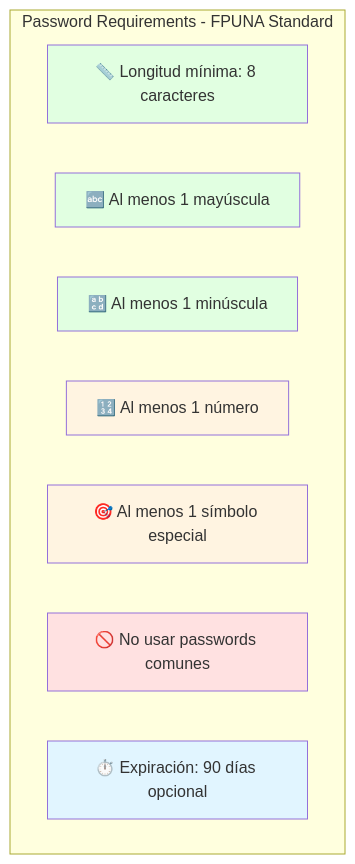
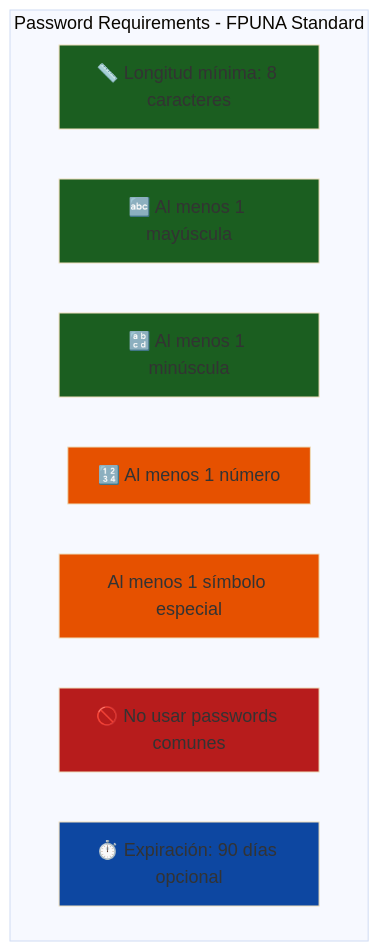
The seventh of 9 diagrams in courses/🟡-development/FPUNA-2026/01-DESARROLLO-SOFTWARE/especializaciones/web-development/03-autenticacion-autorizacion.md (Ai-Whisperers/Courses-Content), drawn with Mermaid before and after one commit. The commit also changed other lines of this file and 47 other files, not shown here.

First line of the commit message:
fix: Make all 473 diagrams WCAG AAA accessible (FPUNA-2026)

````diff
--- a/courses/🟡-development/FPUNA-2026/01-DESARROLLO-SOFTWARE/especializaciones/web-development/03-autenticacion-autorizacion.md
+++ b/courses/🟡-development/FPUNA-2026/01-DESARROLLO-SOFTWARE/especializaciones/web-development/03-autenticacion-autorizacion.md
@@ -1058,20 +1064,21 @@
 ```mermaid
+%%{init: {'theme':'base', 'themeVariables': {'fontSize':'18px'}}}%%
 graph TD
     subgraph "Password Requirements - FPUNA Standard"
         A[📏 Longitud mínima: 8 caracteres]
         B[🔤 Al menos 1 mayúscula]
         C[🔡 Al menos 1 minúscula]
         D[🔢 Al menos 1 número]
-        E[🎯 Al menos 1 símbolo especial]
+        E[Al menos 1 símbolo especial]
         F[🚫 No usar passwords comunes]
         G[⏱️ Expiración: 90 días opcional]
     end
     
-    style A fill:#E1FFE1
-    style B fill:#E1FFE1
-    style C fill:#E1FFE1
-    style D fill:#FFF4E1
-    style E fill:#FFF4E1
-    style F fill:#FFE1E1
-    style G fill:#E1F5FF
+    style A fill:#1b5e20
+    style B fill:#1b5e20
+    style C fill:#1b5e20
+    style D fill:#e65100
+    style E fill:#e65100
+    style F fill:#b71c1c
+    style G fill:#0d47a1
 ```
````
